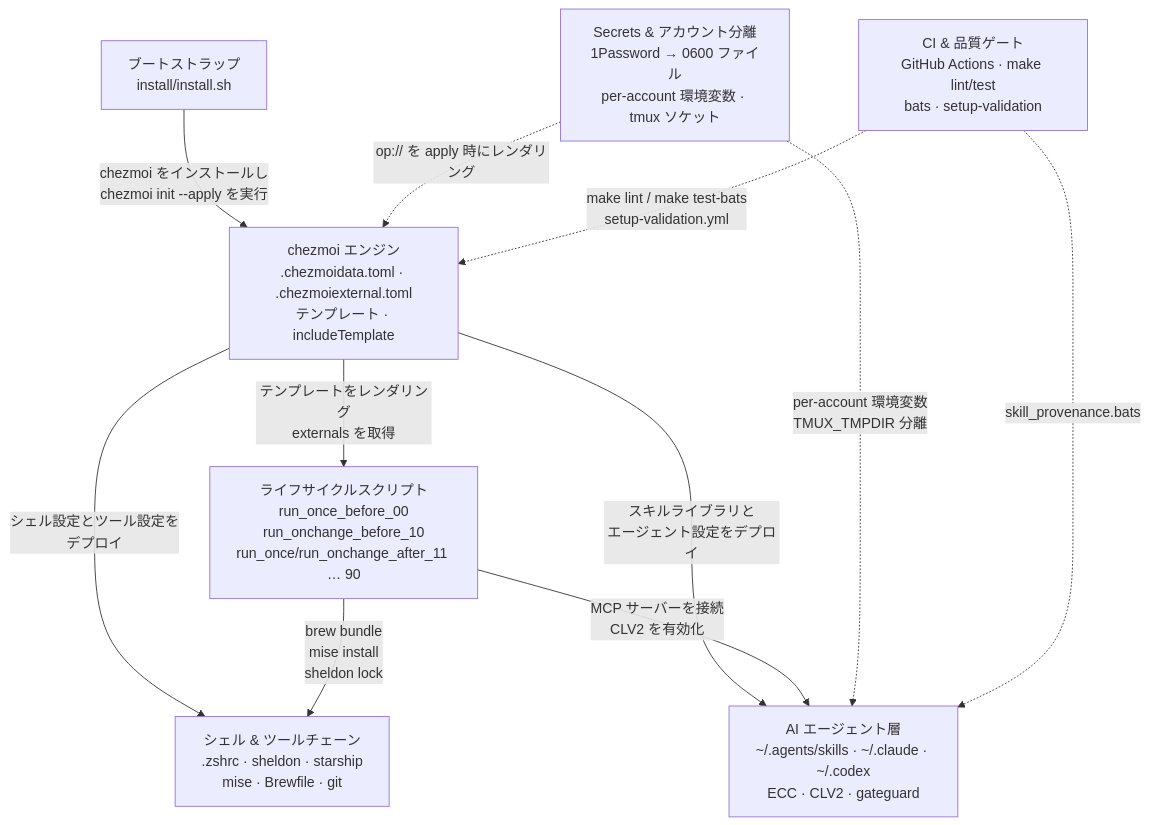
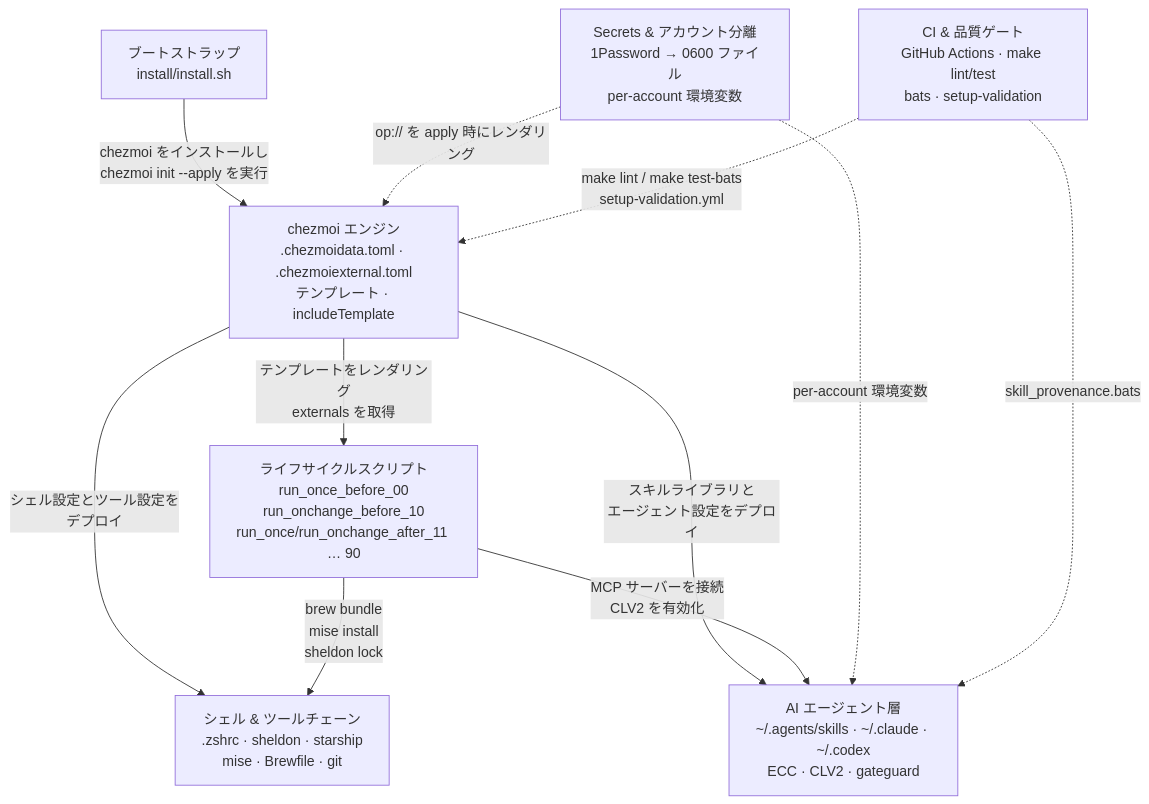
Before and after one commit to kryota-dev/dotfiles: the diagram in docs/architecture/overview.ja.md, drawn with Mermaid. The commit also changed other lines of this file and 46 other files, not shown here.

````diff
--- a/docs/architecture/overview.ja.md
+++ b/docs/architecture/overview.ja.md
@@ -15,21 +15,21 @@
 ```mermaid
 flowchart TD
     BS["ブートストラップ\ninstall/install.sh"]
     CE["chezmoi エンジン\n.chezmoidata.toml · .chezmoiexternal.toml\nテンプレート · includeTemplate"]
     LS["ライフサイクルスクリプト\nrun_once_before_00\nrun_onchange_before_10\nrun_once/run_onchange_after_11 … 90"]
     SH["シェル & ツールチェーン\n.zshrc · sheldon · starship\nmise · Brewfile · git"]
     AI["AI エージェント層\n~/.agents/skills · ~/.claude · ~/.codex\nECC · CLV2 · gateguard"]
     CI["CI & 品質ゲート\nGitHub Actions · make lint/test\nbats · setup-validation"]
-    SEC["Secrets & アカウント分離\n1Password → 0600 ファイル\nper-account 環境変数 · tmux ソケット"]
+    SEC["Secrets & アカウント分離\n1Password → 0600 ファイル\nper-account 環境変数"]
 
     BS -->|"chezmoi をインストールし\nchezmoi init --apply を実行"| CE
     CE -->|"テンプレートをレンダリング\nexternals を取得"| LS
     CE -->|"シェル設定とツール設定を\nデプロイ"| SH
     CE -->|"スキルライブラリと\nエージェント設定をデプロイ"| AI
     LS -->|"brew bundle\nmise install\nsheldon lock"| SH
     LS -->|"MCP サーバーを接続\nCLV2 を有効化"| AI
     SEC -.->|"op:// を apply 時にレンダリング"| CE
-    SEC -.->|"per-account 環境変数\nTMUX_TMPDIR 分離"| AI
+    SEC -.->|"per-account 環境変数"| AI
     CI -.->|"make lint / make test-bats\nsetup-validation.yml"| CE
     CI -.->|"skill_provenance.bats"| AI
 ```
````
